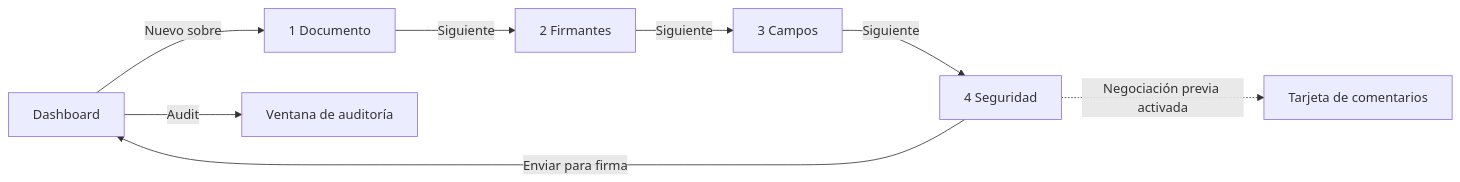
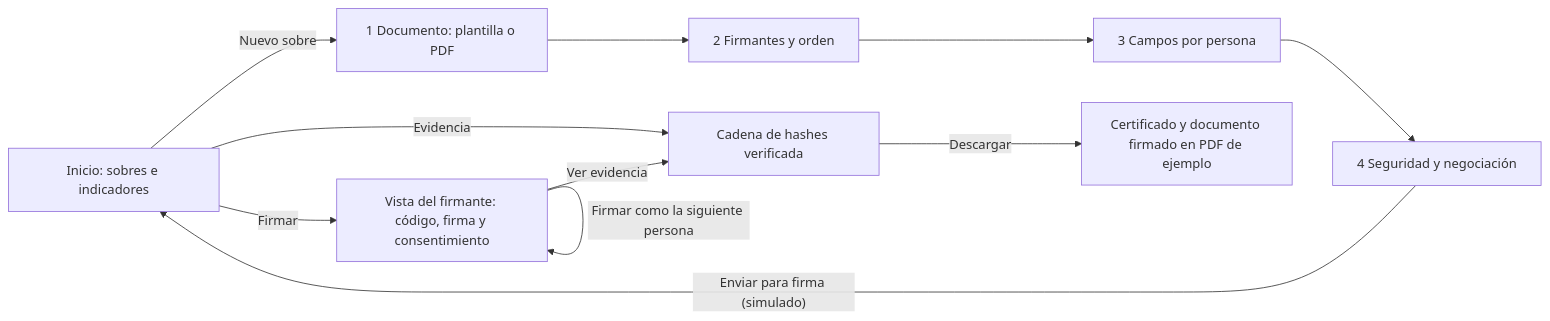
The first of 2 diagrams in docs/wiki/Guia-Demo-firma-electronica.md (ronalc90/koptup), drawn with Mermaid before and after one commit. The commit also changed other lines of this file and 47 other files, not shown here.

````diff
--- a/docs/wiki/Guia-Demo-firma-electronica.md
+++ b/docs/wiki/Guia-Demo-firma-electronica.md
@@ -23,10 +23,13 @@
 ```mermaid
 flowchart LR
-    D["Dashboard"] -->|"Nuevo sobre"| P1["1 Documento"]
-    P1 -->|"Siguiente"| P2["2 Firmantes"]
-    P2 -->|"Siguiente"| P3["3 Campos"]
-    P3 -->|"Siguiente"| P4["4 Seguridad"]
-    P4 -->|"Enviar para firma"| D
-    P4 -. "Negociación previa activada" .-> N["Tarjeta de comentarios"]
-    D -->|"Audit"| A["Ventana de auditoría"]
+    I["Inicio: sobres e indicadores"] -->|"Evidencia"| E["Cadena de hashes verificada"]
+    I -->|"Nuevo sobre"| D["1 Documento: plantilla o PDF"]
+    D --> F["2 Firmantes y orden"]
+    F --> C["3 Campos por persona"]
+    C --> S["4 Seguridad y negociación"]
+    S -->|"Enviar para firma (simulado)"| I
+    I -->|"Firmar"| V["Vista del firmante: código, firma y consentimiento"]
+    V -->|"Firmar como la siguiente persona"| V
+    V -->|"Ver evidencia"| E
+    E -->|"Descargar"| P["Certificado y documento firmado en PDF de ejemplo"]
 ```
````
